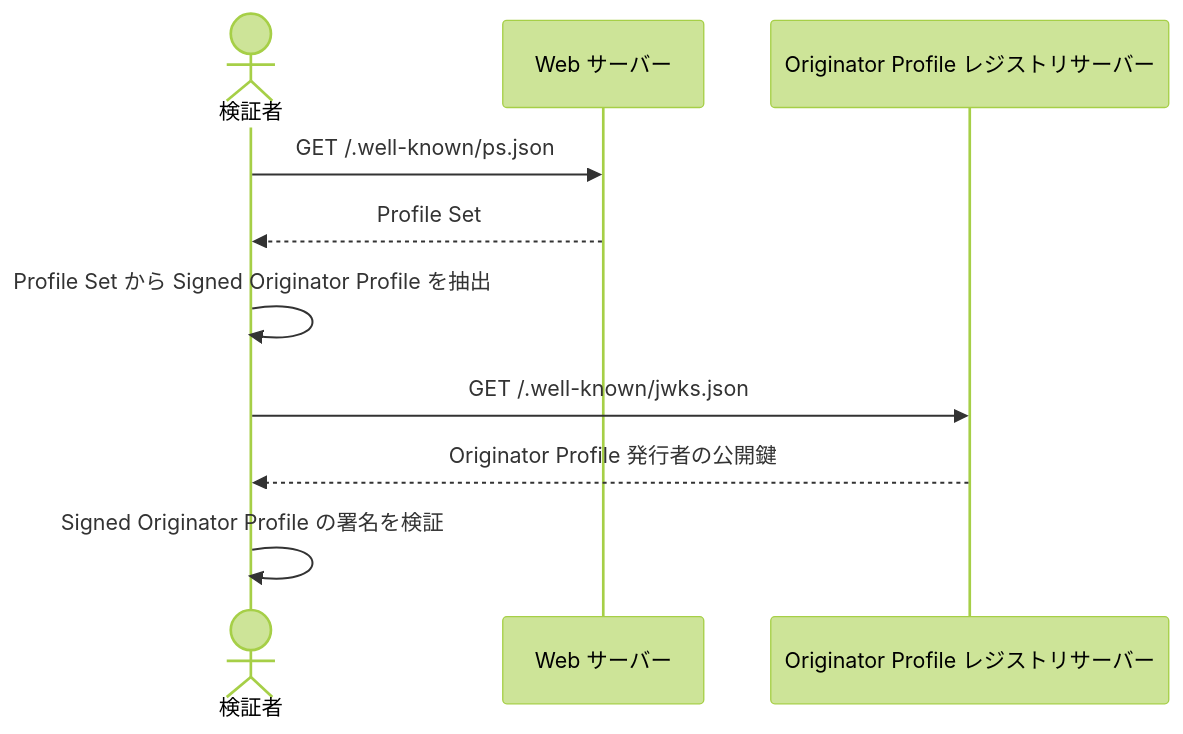
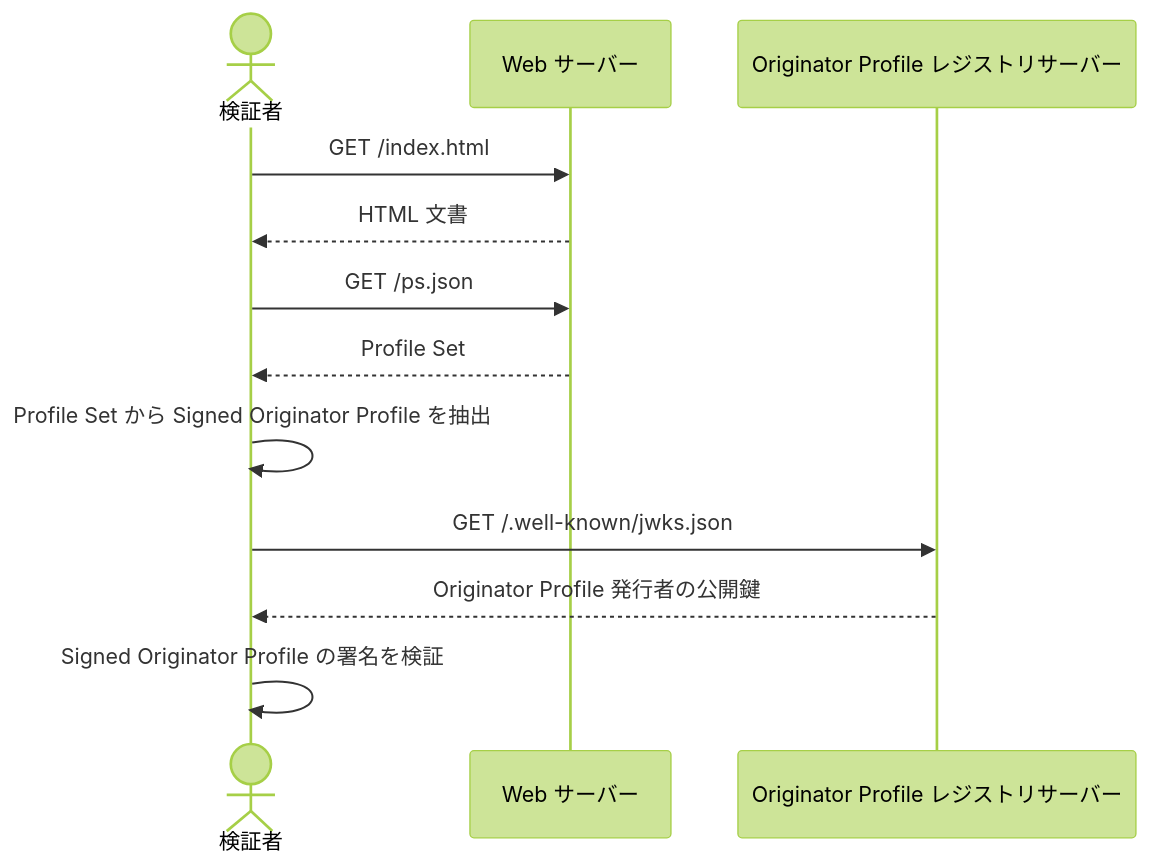
One commit to originator-profile/profile-share changed the first of 2 diagrams in docs/spec.md. Above: the diagram before and after it, drawn with Mermaid (forest theme). The commit also changed other lines of this file, not shown here.

First line of the commit message:
docs: Well-Known URL ps.json 仕様の削除

````diff
--- a/docs/spec.md
+++ b/docs/spec.md
@@ -157,16 +157,19 @@
 ```mermaid
 sequenceDiagram
 actor 検証者
 participant Web サーバー
 participant Originator Profile レジストリサーバー
 
-検証者->>Web サーバー: GET /.well-known/ps.json
+検証者->>Web サーバー: GET /index.html
+Web サーバー-->>検証者: HTML 文書
+
+検証者->>Web サーバー: GET /ps.json
 Web サーバー-->>検証者: Profile Set
 
 検証者->>検証者: Profile Set から Signed Originator Profile を抽出
 
 検証者->>Originator Profile レジストリサーバー: GET /.well-known/jwks.json
 Originator Profile レジストリサーバー-->>検証者: Originator Profile 発行者の公開鍵
 
 検証者->>検証者: Signed Originator Profile の署名を検証
 ```
````
